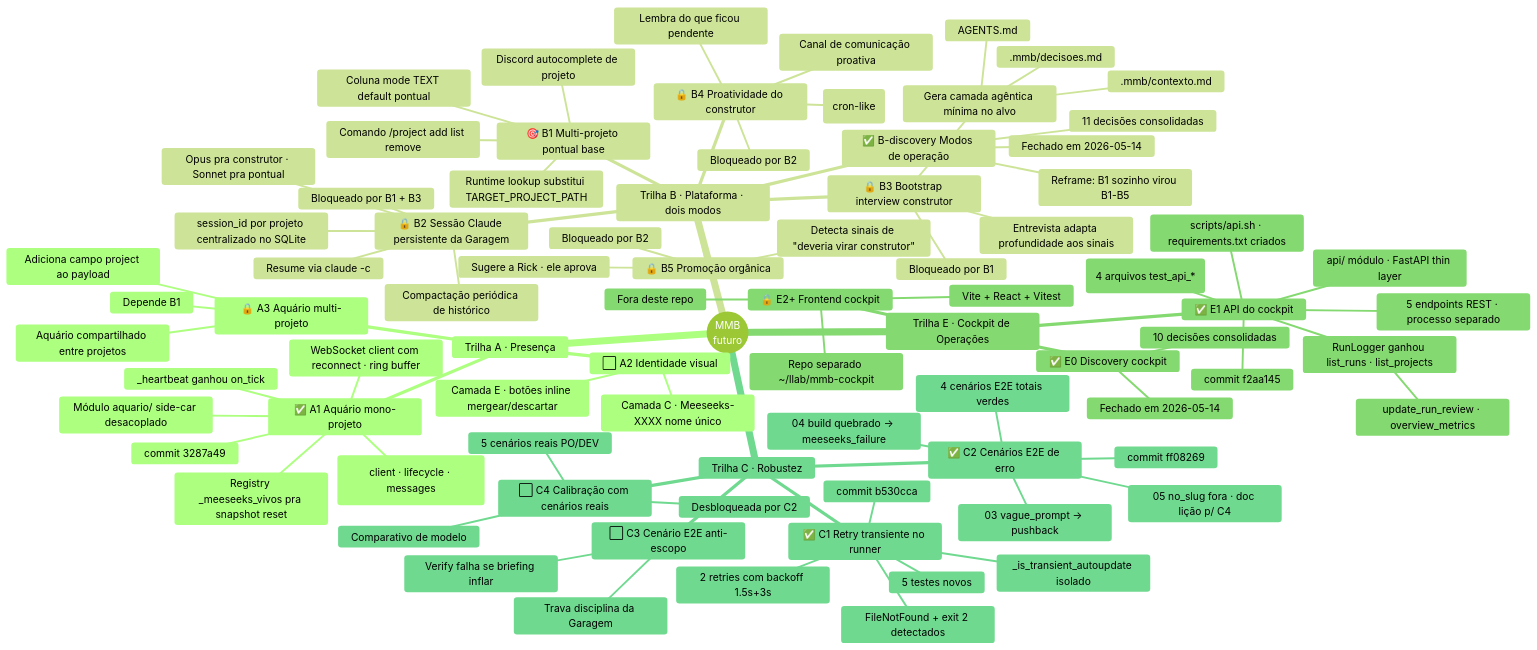
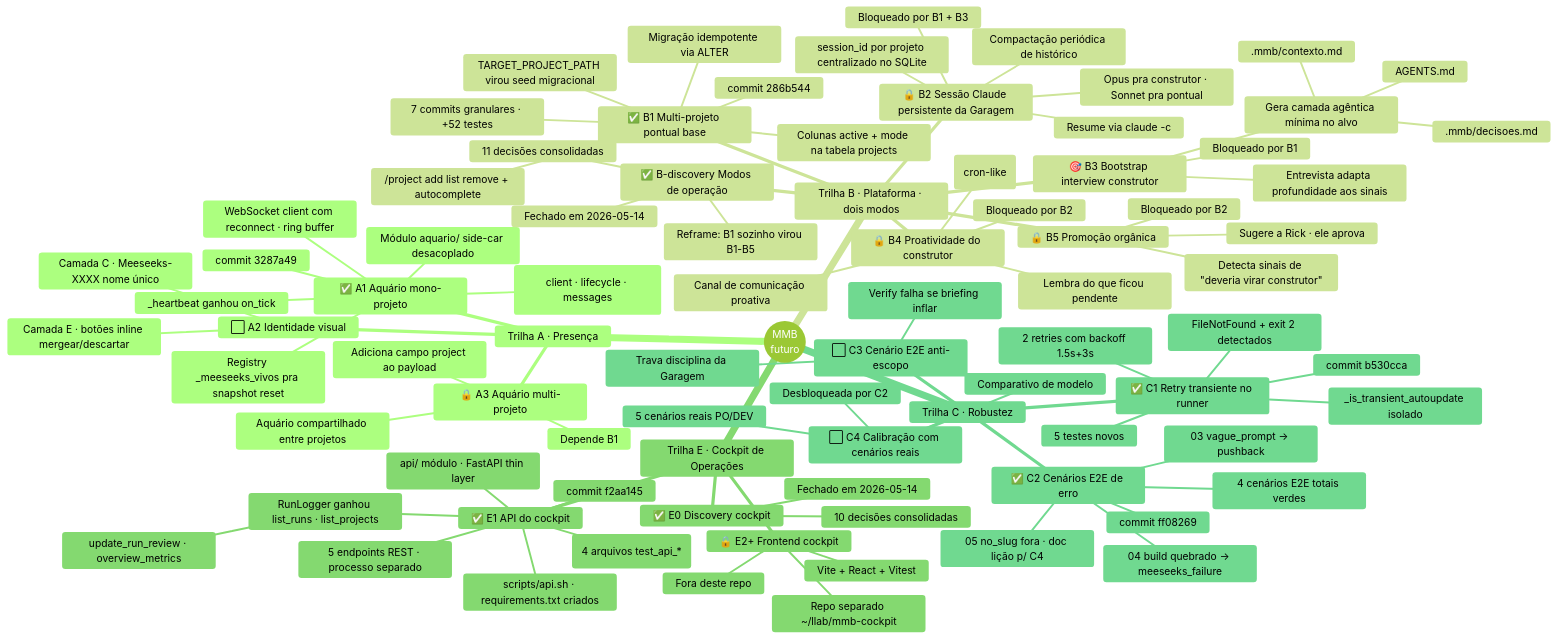
One commit to x-force-42/mmb-core changed the third of 4 diagrams in docs/arvore.md. Above: the diagram before and after it, drawn with Mermaid (forest theme). The commit also changed other lines of this file and 2 other files, not shown here.

First line of the commit message:
docs: marca B1 como fechado · MMB virou multi-projeto

```diff
--- a/docs/arvore.md
+++ b/docs/arvore.md
@@ -156,12 +163,14 @@
         Fechado em 2026-05-14
         11 decisões consolidadas
         Reframe: B1 sozinho virou B1-B5
-      🎯 B1 Multi-projeto pontual base
-        Comando /project add list remove
-        Coluna mode TEXT default pontual
-        Discord autocomplete de projeto
-        Runtime lookup substitui TARGET_PROJECT_PATH
-      🔒 B3 Bootstrap interview construtor
+      ✅ B1 Multi-projeto pontual base
+        commit 286b544
+        7 commits granulares · +52 testes
+        /project add list remove + autocomplete
+        Colunas active + mode na tabela projects
+        Migração idempotente via ALTER
+        TARGET_PROJECT_PATH virou seed migracional
+      🎯 B3 Bootstrap interview construtor
         Gera camada agêntica mínima no alvo
           AGENTS.md
           .mmb/contexto.md
```
